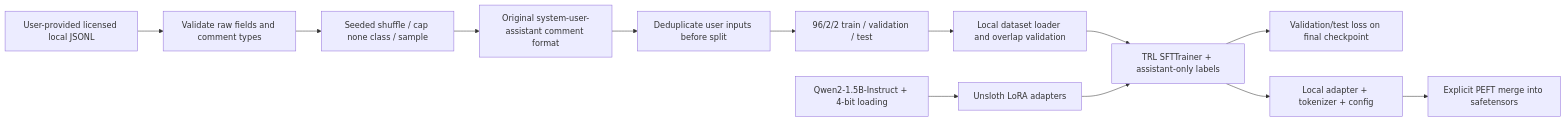
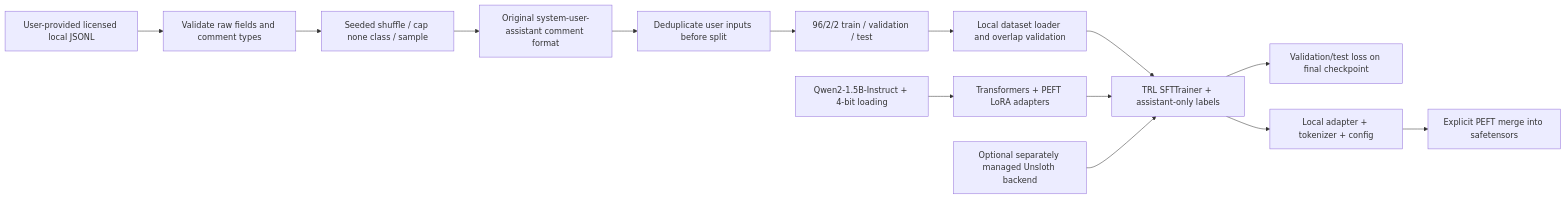
The third of 5 diagrams in docs/architecture.md (Div230/code_reviewer), drawn with Mermaid before and after one commit. The commit also changed 19 other files, not shown here.

````diff
--- a/docs/architecture.md
+++ b/docs/architecture.md
@@ -49,15 +49,16 @@
 ```mermaid
 flowchart LR
   Licensed[User-provided licensed local JSONL] --> Validate[Validate raw fields and comment types]
   Validate --> Balance[Seeded shuffle / cap none class / sample]
   Balance --> Format[Original system-user-assistant comment format]
   Format --> Dedup[Deduplicate user inputs before split]
   Dedup --> Splits[96/2/2 train / validation / test]
   Splits --> Load[Local dataset loader and overlap validation]
-  Base[Qwen2-1.5B-Instruct + 4-bit loading] --> LoRA[Unsloth LoRA adapters]
+  Base[Qwen2-1.5B-Instruct + 4-bit loading] --> LoRA[Transformers + PEFT LoRA adapters]
   Load --> Trainer[TRL SFTTrainer + assistant-only labels]
   LoRA --> Trainer
+  Legacy[Optional separately managed Unsloth backend] --> Trainer
   Trainer --> Eval[Validation/test loss on final checkpoint]
   Trainer --> Save[Local adapter + tokenizer + config]
   Save --> Merge[Explicit PEFT merge into safetensors]
 ```
````
